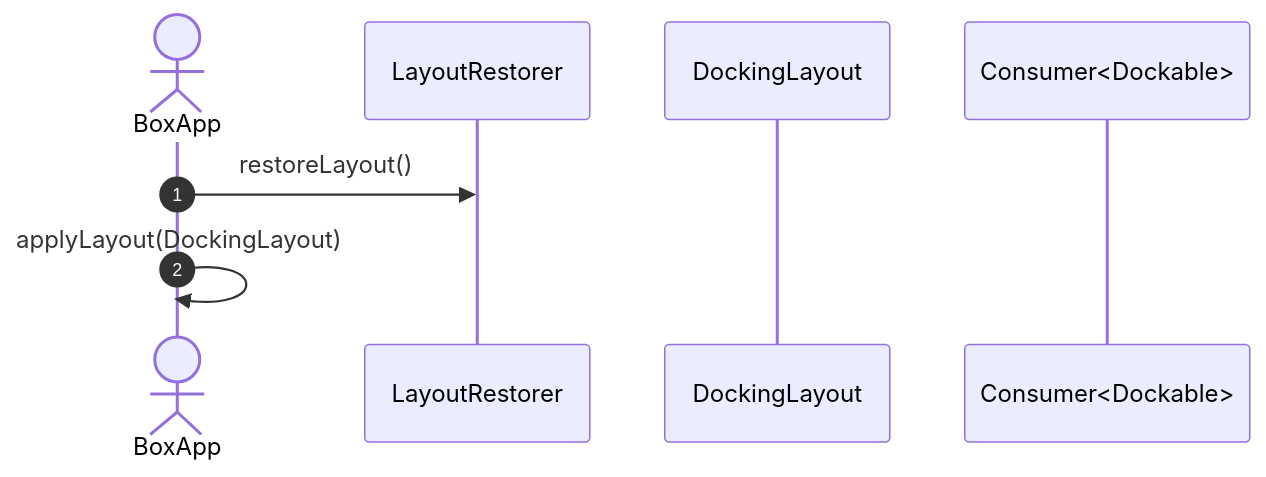
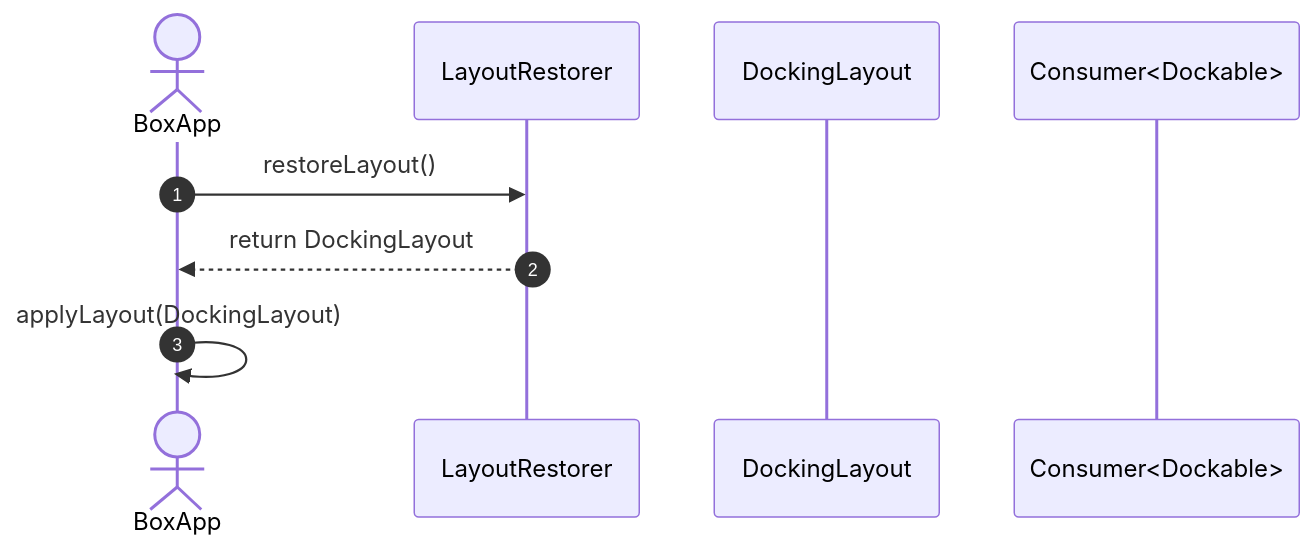
One commit to philliplbryant/BentoFX changed the third of 3 diagrams in assets/docking-layout-persistence-diagrams.md. Above: the diagram before and after it, drawn with Mermaid. The commit also changed 3 other files, not shown here.

````diff
--- a/assets/docking-layout-persistence-diagrams.md
+++ b/assets/docking-layout-persistence-diagrams.md
@@ -129,11 +129,14 @@
 ```mermaid
 sequenceDiagram
     autonumber
     actor BoxApp
     participant layoutRestorer as LayoutRestorer
     participant dockingLayout as DockingLayout
     participant consumer as Consumer<Dockable>
     
     BoxApp->>layoutRestorer:restoreLayout()
+    activate layoutRestorer
+    layoutRestorer-->>BoxApp: return DockingLayout
     BoxApp->>BoxApp:applyLayout(DockingLayout)
+    
 ```
````
